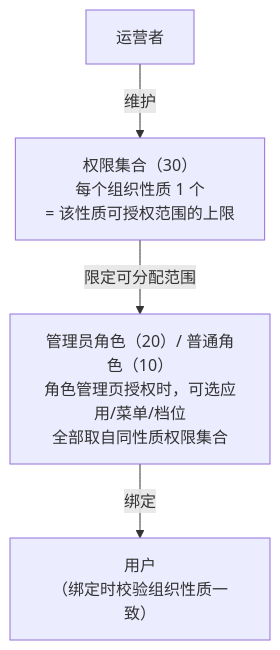
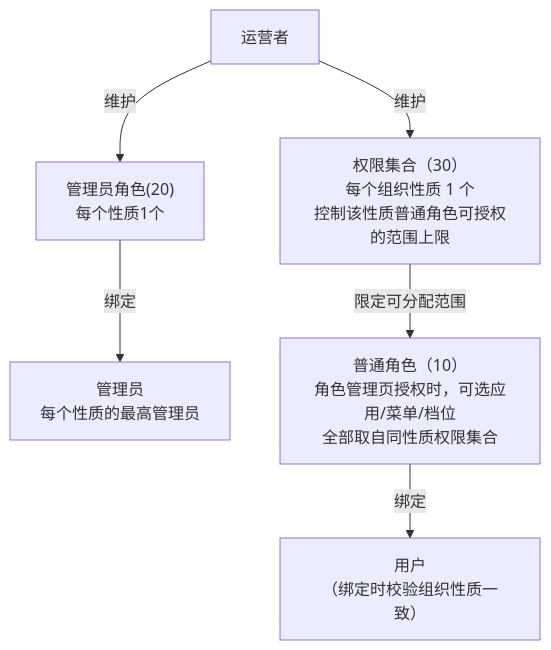
One commit to henhen6/mdp-docs changed the first of 2 diagrams in src/doc/advanced/角色管理.md. Above: the diagram before and after it, drawn with Mermaid. The commit also changed other lines of this file, not shown here.

First line of the commit message:
docs(role): 优化角色管理文档内容与格式

````diff
--- a/src/doc/advanced/角色管理.md
+++ b/src/doc/advanced/角色管理.md
@@ -33,6 +33,7 @@
 ```mermaid
 flowchart TB
-    OPS["运营者"] -->|"维护"| COLL["权限集合（30）<br/>每个组织性质 1 个<br/>= 该性质可授权范围的上限"]
-    COLL -->|"限定可分配范围"| ADMIN["管理员角色（20）/ 普通角色（10）<br/>角色管理页授权时，可选应用/菜单/档位<br/>全部取自同性质权限集合"]
+    OPS["运营者"] -->|"维护"| COLL["权限集合（30）<br/>每个组织性质 1 个<br/>控制该性质普通角色可授权的范围上限"]
+    OPS --> |"维护"| ROLE_ADMIN["管理员角色(20)<br/>每个性质1个<br/>"] -->|"绑定"| A_USER["管理员<br/>每个性质的最高管理员"]
+    COLL -->|"限定可分配范围"| ADMIN["普通角色（10）<br/>角色管理页授权时，可选应用/菜单/档位<br/>全部取自同性质权限集合"]
     ADMIN -->|"绑定"| USER["用户<br/>（绑定时校验组织性质一致）"]
 ```
````
